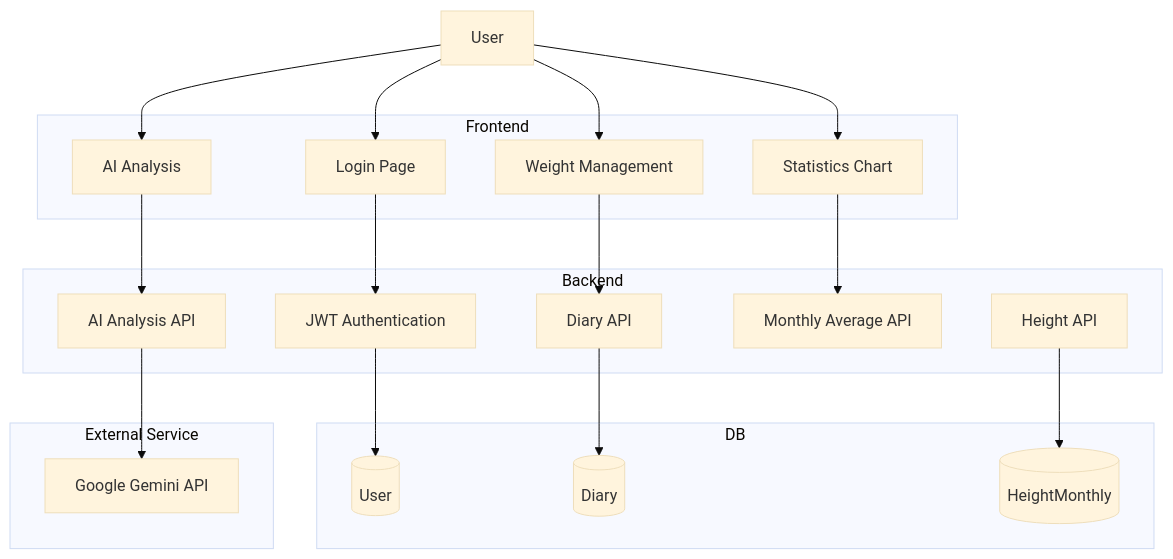
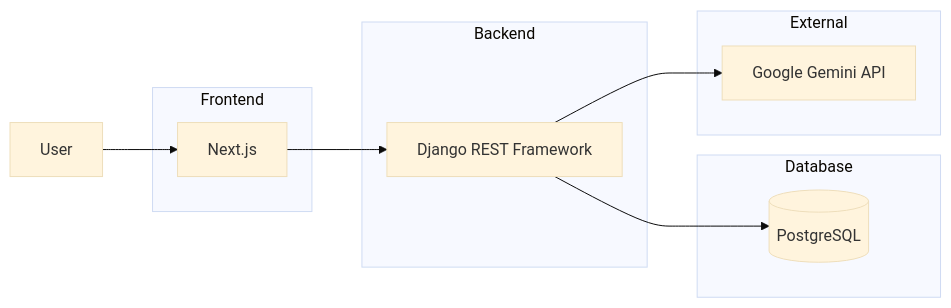
Before and after one commit to hiroshi-tak/Weight-Management-form: the first of 7 diagrams in README.md, drawn with Mermaid (base theme). The commit also changed other lines of this file, not shown here.

````diff
--- a/README.md
+++ b/README.md
@@ -96,47 +96,26 @@
 ```mermaid
-flowchart TD
+flowchart LR
 
     User[User]
 
     subgraph Frontend
-        Login[Login Page]
-        Diary[Weight Management]
-        Chart[Statistics Chart]
-        Analysis[AI Analysis]
+        NextJS[Next.js]
     end
 
     subgraph Backend
-        JWT[JWT Authentication]
-        DiaryAPI[Diary API]
-        HeightAPI[Height API]
-        StatsAPI[Monthly Average API]
-        AIAPI[AI Analysis API]
+        Django[Django REST Framework]
     end
 
-    subgraph DB
-        UserTable[(User)]
-        DiaryTable[(Diary)]
-        HeightTable[(HeightMonthly)]
+    subgraph Database
+        PostgreSQL[(PostgreSQL)]
     end
 
-    subgraph External Service
+    subgraph External
         Gemini[Google Gemini API]
     end
 
-    User --> Login
-    User --> Diary
-    User --> Chart
-    User --> Analysis
-
-    Login --> JWT
-
-    Diary --> DiaryAPI
-    Chart --> StatsAPI
-    Analysis --> AIAPI
-
-    DiaryAPI --> DiaryTable
-    HeightAPI --> HeightTable
-    JWT --> UserTable
-
-    AIAPI --> Gemini
+    User --> NextJS
+    NextJS --> Django
+    Django --> PostgreSQL
+    Django --> Gemini
 ```
````
